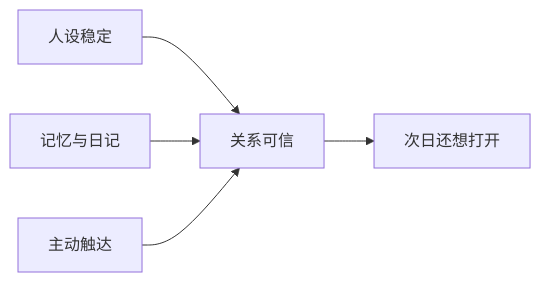
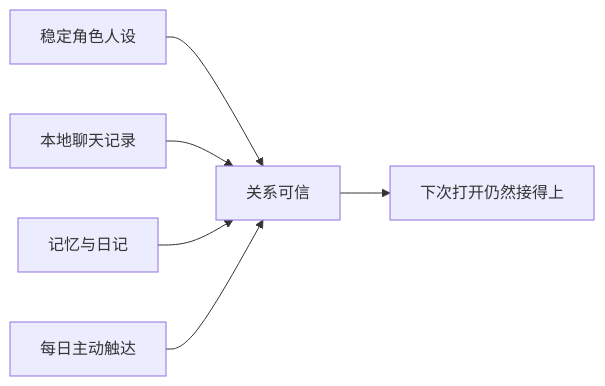
The diagram in README.md (brocademaple/bcmp_cyber_lover), drawn with Mermaid before and after one commit. The commit also changed other lines of this file, not shown here.

````diff
--- a/README.md
+++ b/README.md
@@ -38,7 +32,8 @@
 ```mermaid
 flowchart LR
-  A[人设稳定] --> R[关系可信]
-  B[记忆与日记] --> R
-  C[主动触达] --> R
-  R --> D[次日还想打开]
+  A[稳定角色人设] --> R[关系可信]
+  B[本地聊天记录] --> R
+  C[记忆与日记] --> R
+  D[每日主动触达] --> R
+  R --> E[下次打开仍然接得上]
 ```
````
